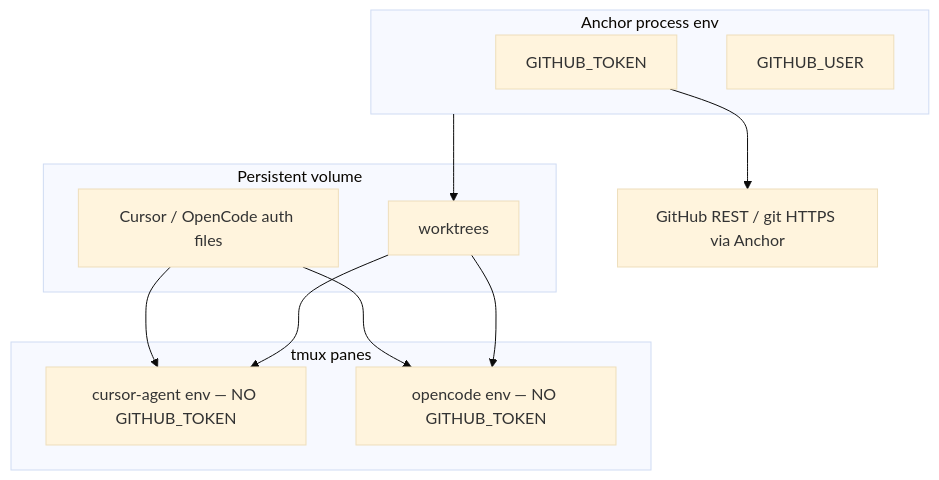
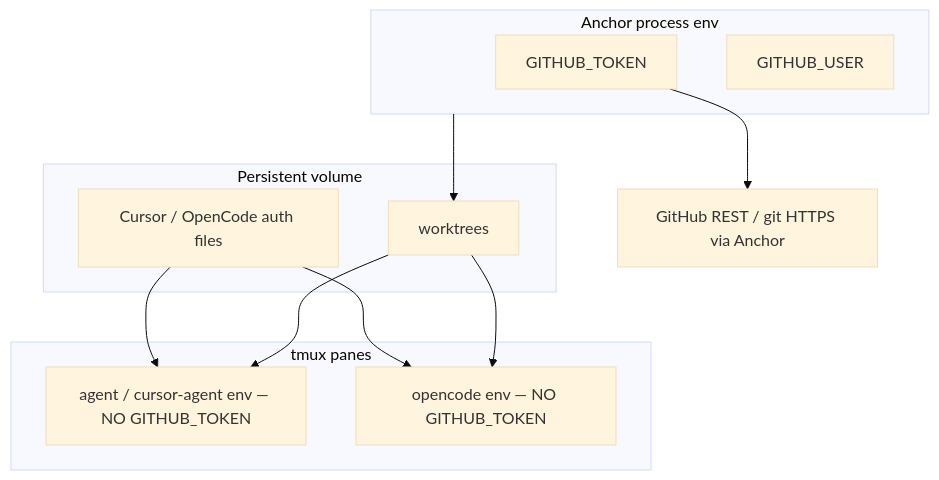
Before and after one commit to hard-life-tech/anchor: the diagram in docs/conceptual/architecture/diagrams/flows/secret-isolation.md, drawn with Mermaid (base theme). The commit also changed 7 other files, not shown here.

````diff
--- a/docs/conceptual/architecture/diagrams/flows/secret-isolation.md
+++ b/docs/conceptual/architecture/diagrams/flows/secret-isolation.md
@@ -3,24 +3,24 @@
 ```mermaid
 flowchart TB
   subgraph anchor_proc [Anchor process env]
     T[GITHUB_TOKEN]
     U[GITHUB_USER]
   end
 
   subgraph disk [Persistent volume]
     WT[worktrees]
     AUTH[Cursor / OpenCode auth files]
   end
 
   subgraph tmux [tmux panes]
-    P1[cursor-agent env — NO GITHUB_TOKEN]
+    P1[agent / cursor-agent env — NO GITHUB_TOKEN]
     P2[opencode env — NO GITHUB_TOKEN]
   end
 
   T --> GH[GitHub REST / git HTTPS via Anchor]
   anchor_proc --> WT
   AUTH --> P1
   AUTH --> P2
   WT --> P1
   WT --> P2
 ```
````
